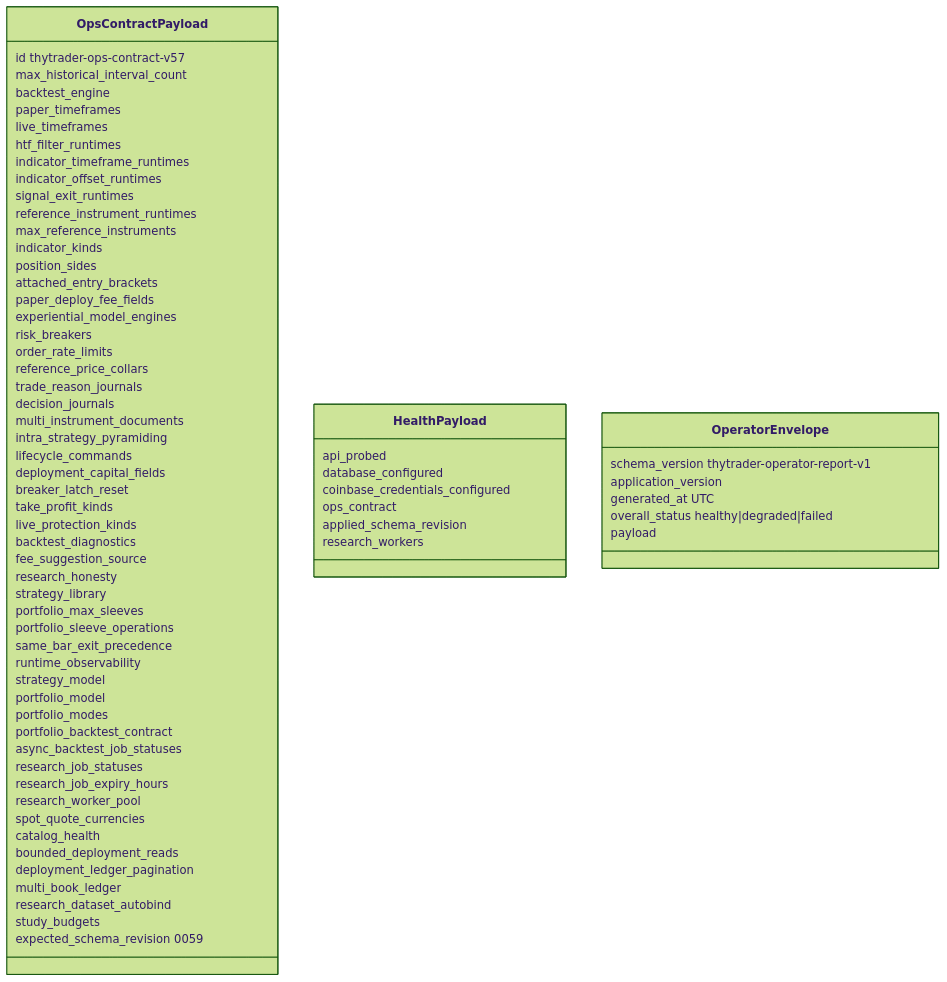
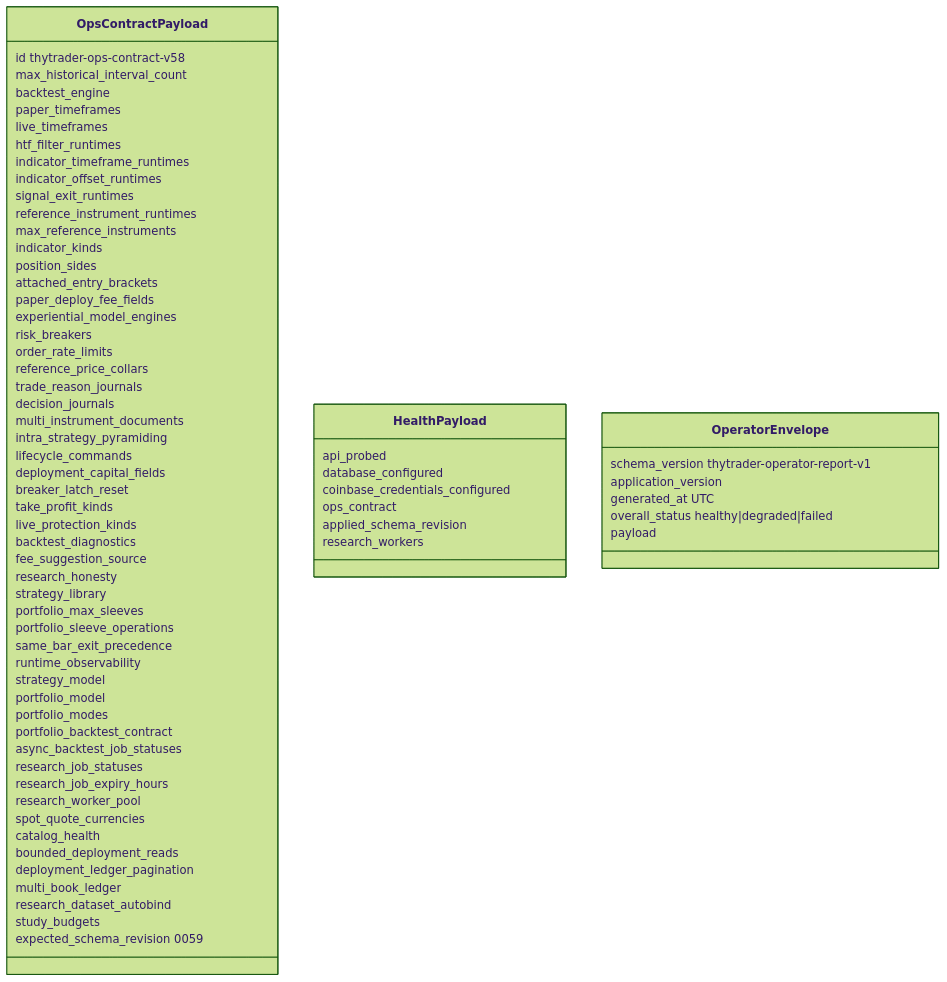
The diagram in docs/architecture/contracts/ops-contract.md (Zoltesh/thytrader), drawn with Mermaid (forest theme) before and after one commit. The commit also changed other lines of this file and 58 other files, not shown here.

````diff
--- a/docs/architecture/contracts/ops-contract.md
+++ b/docs/architecture/contracts/ops-contract.md
@@ -71,72 +71,72 @@
 ```mermaid
 classDiagram
   class OpsContractPayload {
-    id thytrader-ops-contract-v57
+    id thytrader-ops-contract-v58
     max_historical_interval_count
     backtest_engine
     paper_timeframes
     live_timeframes
     htf_filter_runtimes
     indicator_timeframe_runtimes
     indicator_offset_runtimes
     signal_exit_runtimes
     reference_instrument_runtimes
     max_reference_instruments
     indicator_kinds
     position_sides
     attached_entry_brackets
     paper_deploy_fee_fields
     experiential_model_engines
     risk_breakers
     order_rate_limits
     reference_price_collars
     trade_reason_journals
     decision_journals
     multi_instrument_documents
     intra_strategy_pyramiding
     lifecycle_commands
     deployment_capital_fields
     breaker_latch_reset
     take_profit_kinds
     live_protection_kinds
     backtest_diagnostics
     fee_suggestion_source
     research_honesty
     strategy_library
     portfolio_max_sleeves
     portfolio_sleeve_operations
     same_bar_exit_precedence
     runtime_observability
     strategy_model
     portfolio_model
     portfolio_modes
     portfolio_backtest_contract
     async_backtest_job_statuses
     research_job_statuses
     research_job_expiry_hours
     research_worker_pool
     spot_quote_currencies
     catalog_health
     bounded_deployment_reads
     deployment_ledger_pagination
     multi_book_ledger
     research_dataset_autobind
     study_budgets
     expected_schema_revision 0059
   }
   class HealthPayload {
     api_probed
     database_configured
     coinbase_credentials_configured
     ops_contract
     applied_schema_revision
     research_workers
   }
   class OperatorEnvelope {
     schema_version thytrader-operator-report-v1
     application_version
     generated_at UTC
     overall_status healthy|degraded|failed
     payload
   }
 ```
````
